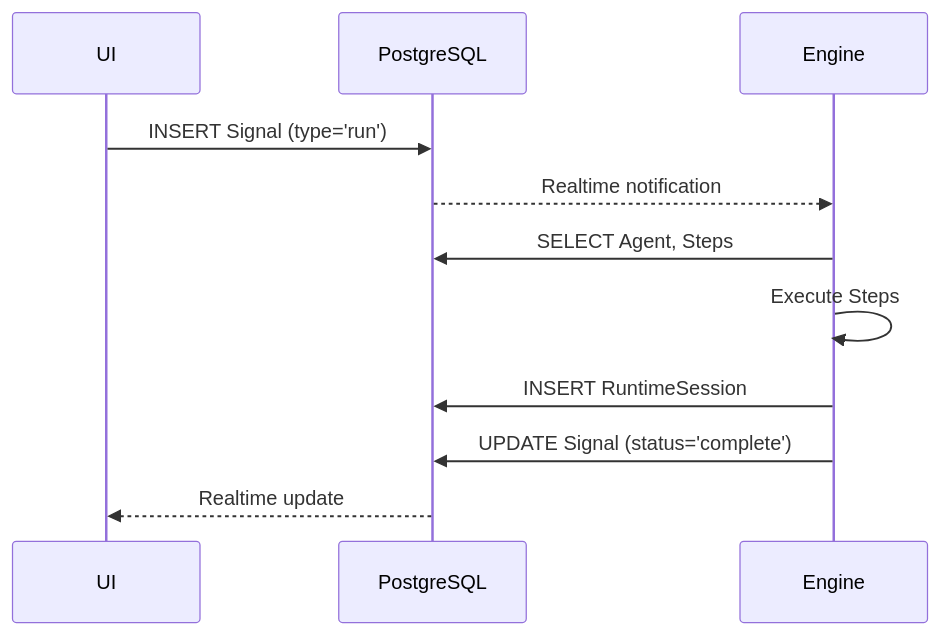
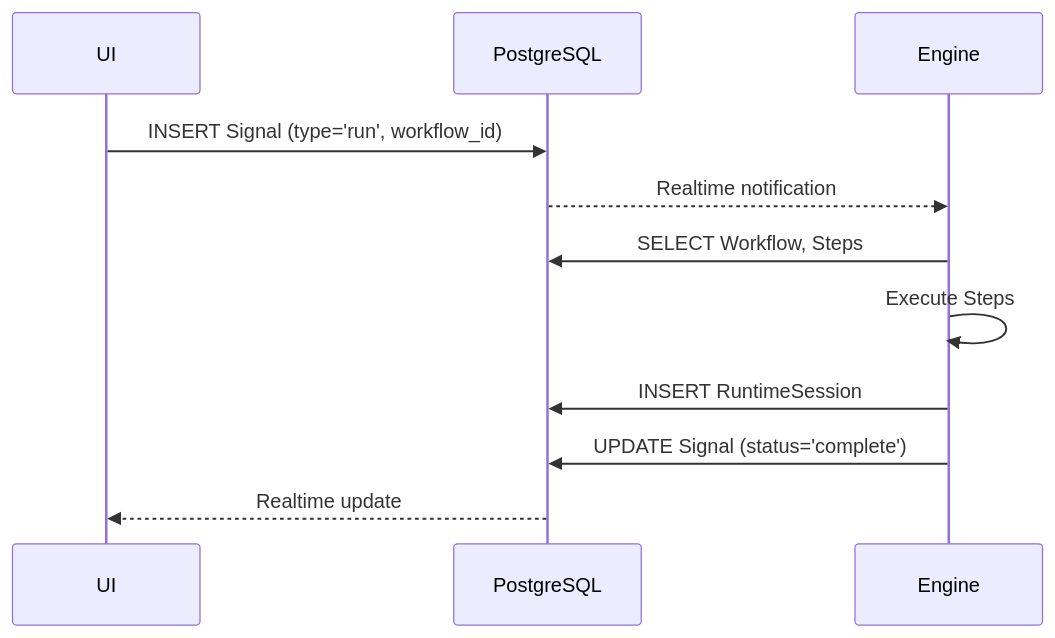
Before and after one commit to Stoa-Medical/Portico: the second of 2 diagrams in docs/02-architecture/data-models.md, drawn with Mermaid. The commit also changed other lines of this file and 5 other files, not shown here.

Commit message:
docs(architecture): Update workflow and signal references; clarify agent and workflow roles

````diff
--- a/docs/02-architecture/data-models.md
+++ b/docs/02-architecture/data-models.md
@@ -146,14 +170,14 @@
 ```mermaid
 sequenceDiagram
   participant UI
   participant DB as PostgreSQL
   participant Engine
 
-  UI->>DB: INSERT Signal (type='run')
+  UI->>DB: INSERT Signal (type='run', workflow_id)
   DB-->>Engine: Realtime notification
-  Engine->>DB: SELECT Agent, Steps
+  Engine->>DB: SELECT Workflow, Steps
   Engine->>Engine: Execute Steps
   Engine->>DB: INSERT RuntimeSession
   Engine->>DB: UPDATE Signal (status='complete')
   DB-->>UI: Realtime update
 ```
````
